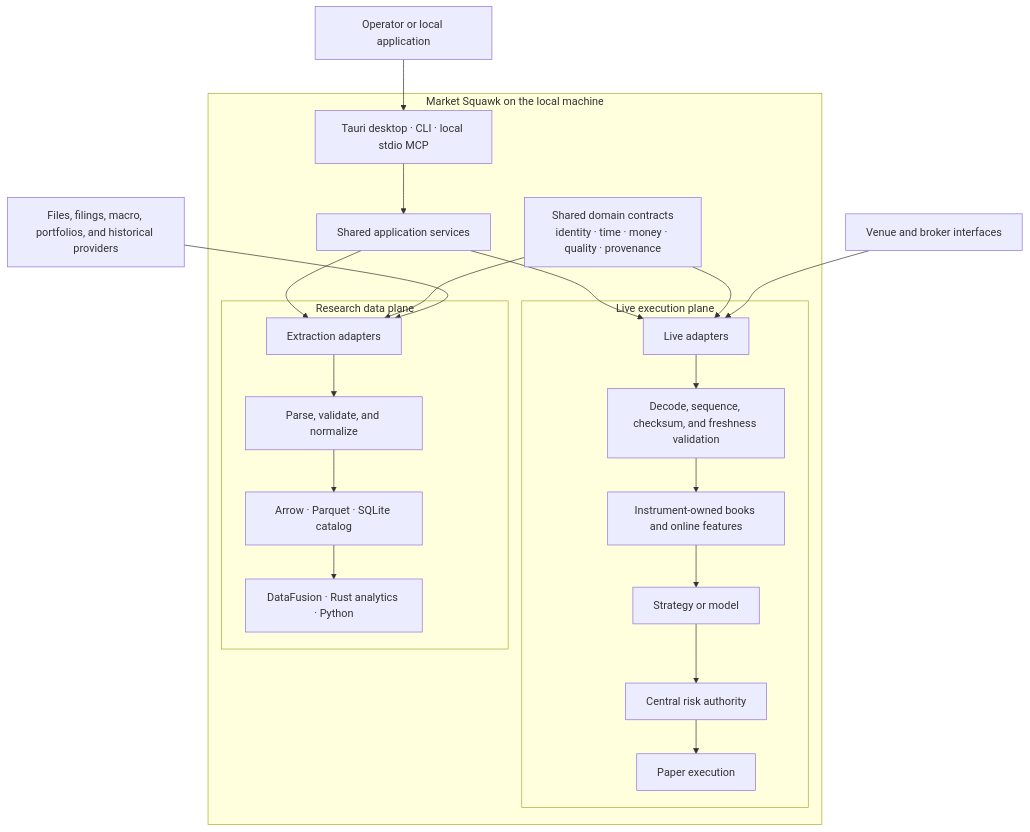
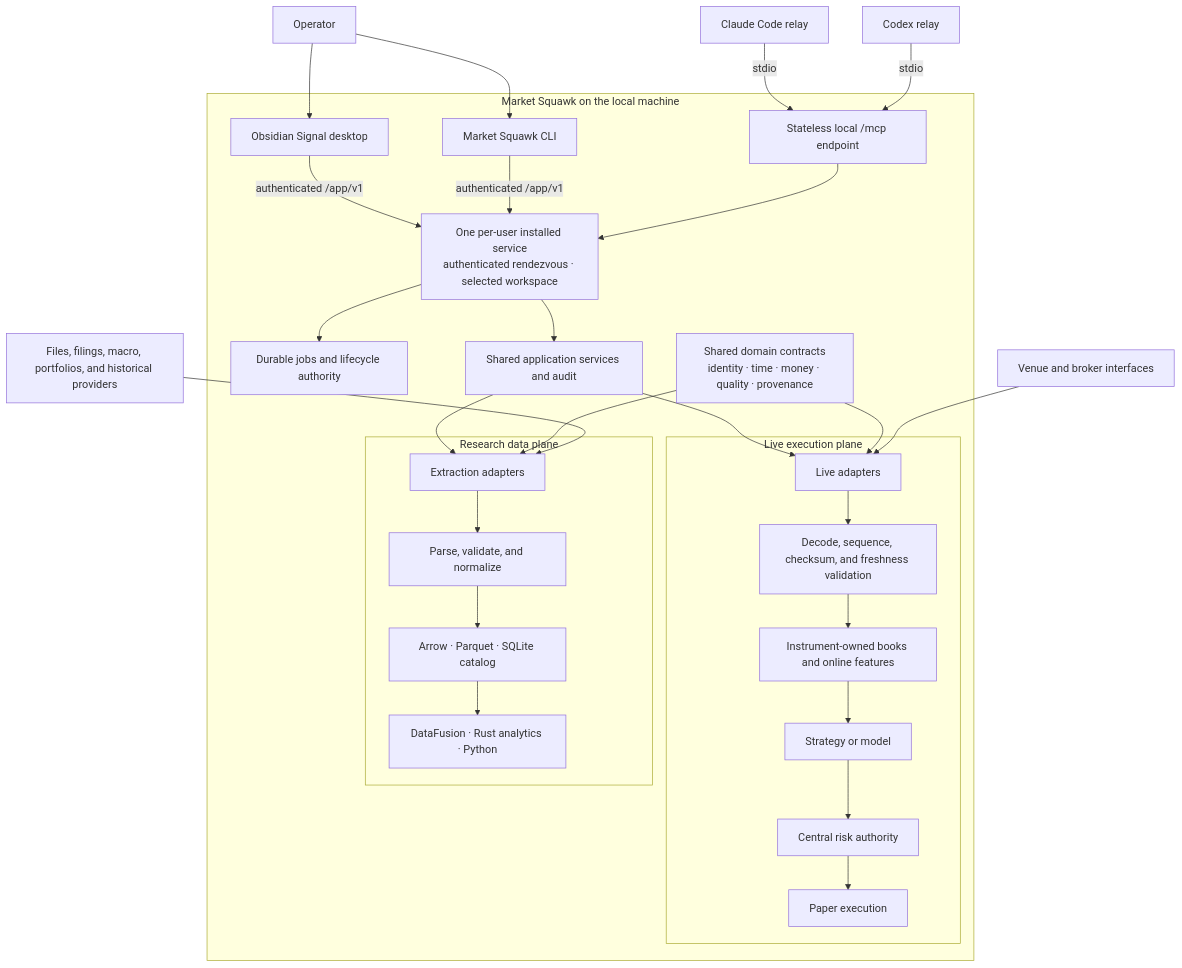
One commit to Sawmonabo/market-squawk changed the diagram in README.md. Above: the diagram before and after it, drawn with Mermaid. The commit also changed other lines of this file and 22 other files, not shown here.

````diff
--- a/README.md
+++ b/README.md
@@ -57,39 +57,52 @@
 ```mermaid
 flowchart TB
-    Operator["Operator or local application"]
+    Operator["Operator"]
+    Claude["Claude Code relay"]
+    Codex["Codex relay"]
     LiveSources["Venue and broker interfaces"]
     ResearchSources["Files, filings, macro, portfolios, and historical providers"]
 
     subgraph Local["Market Squawk on the local machine"]
-        Control["Tauri desktop · CLI · local stdio MCP"]
-        Services["Shared application services"]
+        Desktop["Obsidian Signal desktop"]
+        CLI["Market Squawk CLI"]
+        Service["One per-user installed service<br/>authenticated rendezvous · selected workspace"]
+        MCP["Stateless local /mcp endpoint"]
+        Jobs["Durable jobs and lifecycle authority"]
+        Services["Shared application services and audit"]
         Domain["Shared domain contracts<br/>identity · time · money · quality · provenance"]
 
         subgraph Live["Live execution plane"]
             LiveAdapters["Live adapters"]
             Integrity["Decode, sequence, checksum, and freshness validation"]
             State["Instrument-owned books and online features"]
             Decision["Strategy or model"]
             Risk["Central risk authority"]
             Paper["Paper execution"]
         end
 
         subgraph Research["Research data plane"]
             Extractors["Extraction adapters"]
             Normalize["Parse, validate, and normalize"]
             Storage["Arrow · Parquet · SQLite catalog"]
             Analytics["DataFusion · Rust analytics · Python"]
         end
     end
 
-    Operator --> Control
-    Control --> Services
+    Operator --> Desktop
+    Operator --> CLI
+    Desktop -->|"authenticated /app/v1"| Service
+    CLI -->|"authenticated /app/v1"| Service
+    Claude -->|"stdio"| MCP
+    Codex -->|"stdio"| MCP
+    MCP --> Service
+    Service --> Jobs
+    Service --> Services
     Services --> LiveAdapters
     Services --> Extractors
     Domain --> LiveAdapters
     Domain --> Extractors
     LiveSources --> LiveAdapters
     LiveAdapters --> Integrity --> State --> Decision --> Risk --> Paper
     ResearchSources --> Extractors
     Extractors --> Normalize --> Storage --> Analytics
 ```
````
